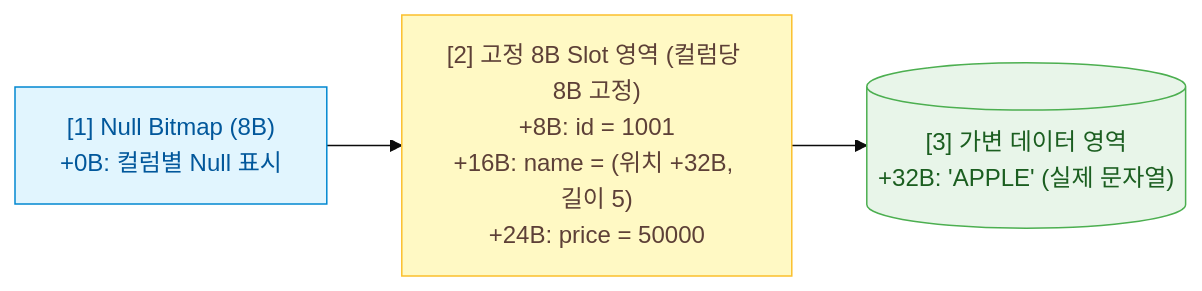
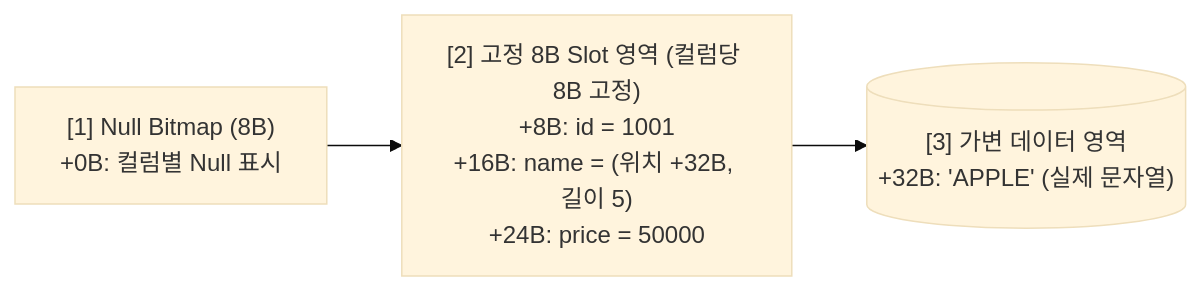
The third of 11 diagrams in docs/dbms/distributed/mapreduce-spark-and-distributed-db-internals.md (djpibo/djpibo.github.io), drawn with Mermaid (base theme) before and after one commit. The commit also changed other lines of this file and 8 other files, not shown here.

Commit message:
style(mermaid): unify all diagrams to monochrome and remove colored rect boxes

````diff
--- a/docs/dbms/distributed/mapreduce-spark-and-distributed-db-internals.md
+++ b/docs/dbms/distributed/mapreduce-spark-and-distributed-db-internals.md
@@ -110,12 +103,9 @@
 ```mermaid
 flowchart LR
-    classDef storage fill:#E8F5E9,stroke:#4CAF50,color:#1B5E20;
-    classDef process fill:#FFF9C4,stroke:#FBC02D,color:#5D4037;
-    classDef cloud fill:#E1F5FE,stroke:#0288D1,color:#01579B;
 
-    NULL_BIT["[1] Null Bitmap (8B)<br/>+0B: 컬럼별 Null 표시"]:::cloud
-    SLOTS["[2] 고정 8B Slot 영역 (컬럼당 8B 고정)<br/>+8B: id = 1001<br/>+16B: name = (위치 +32B, 길이 5)<br/>+24B: price = 50000"]:::process
-    VAR_DATA[("[3] 가변 데이터 영역<br/>+32B: 'APPLE' (실제 문자열)")]:::storage
+    NULL_BIT["[1] Null Bitmap (8B)<br/>+0B: 컬럼별 Null 표시"]
+    SLOTS["[2] 고정 8B Slot 영역 (컬럼당 8B 고정)<br/>+8B: id = 1001<br/>+16B: name = (위치 +32B, 길이 5)<br/>+24B: price = 50000"]
+    VAR_DATA[("[3] 가변 데이터 영역<br/>+32B: 'APPLE' (실제 문자열)")]
 
     NULL_BIT --> SLOTS --> VAR_DATA
 ```
````
